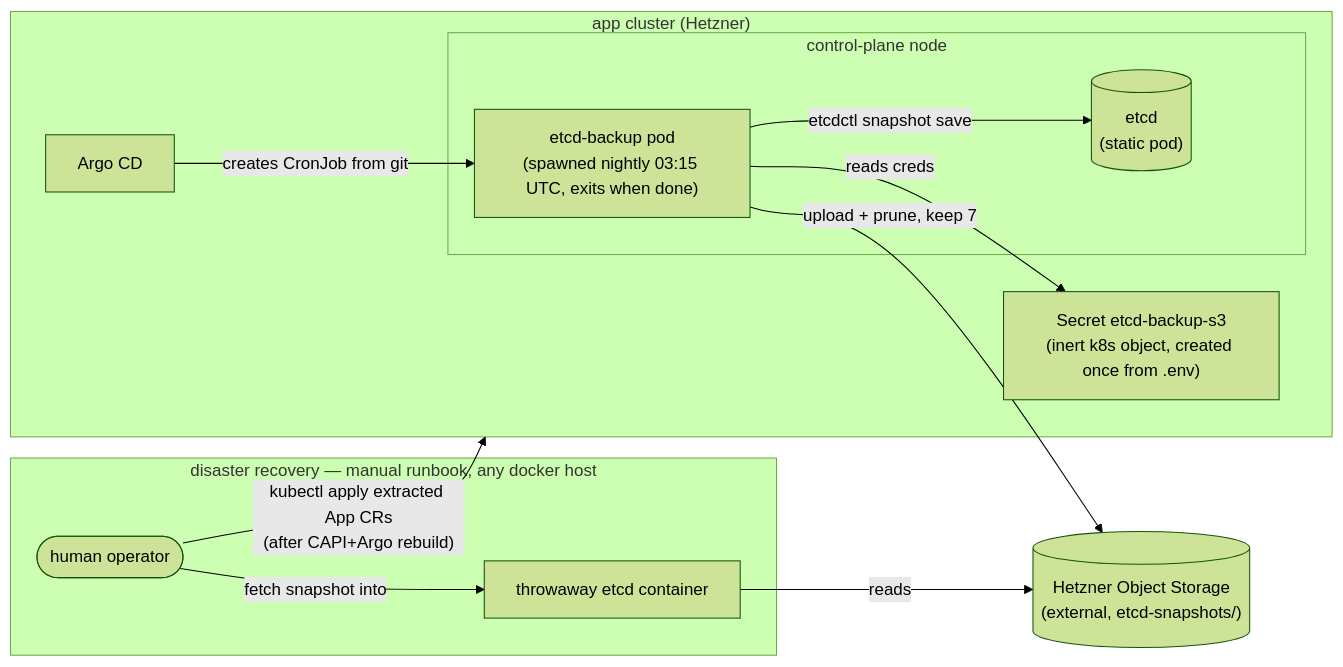
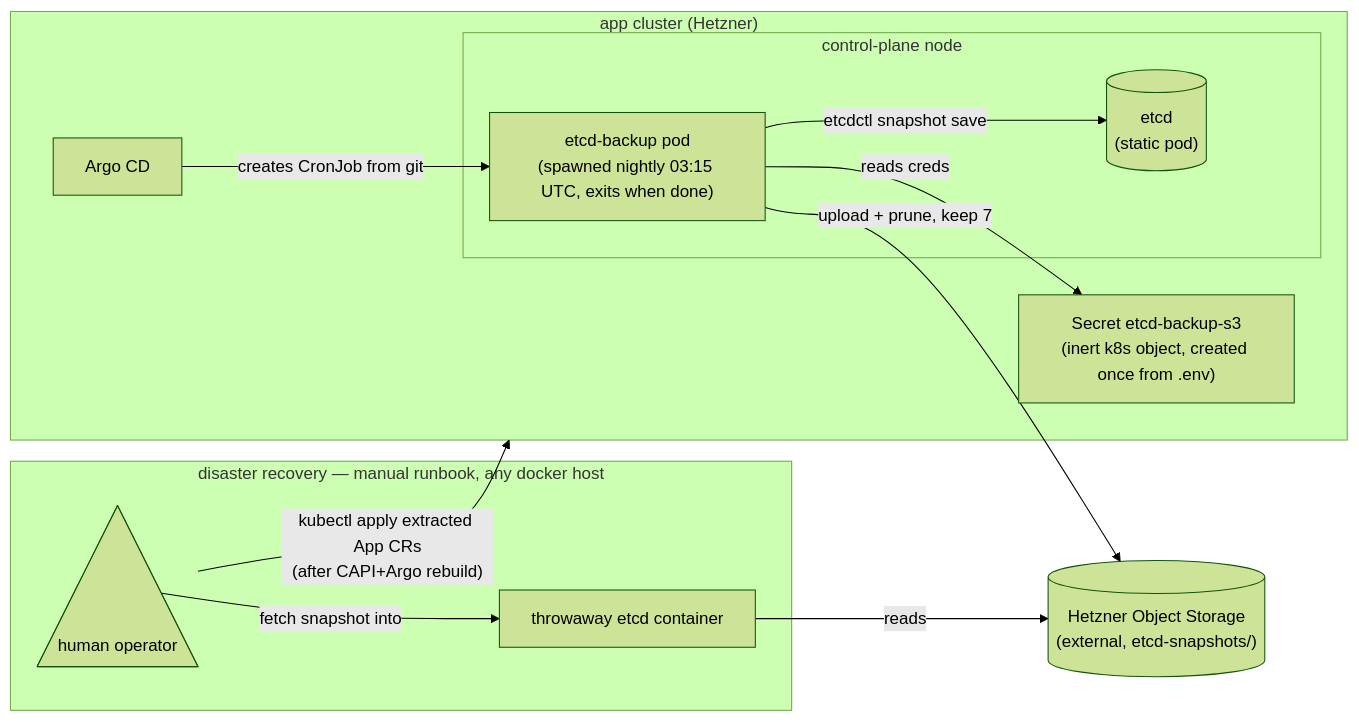
Before and after one commit to cuckoo-network/cuckoo: the diagram in docs/etcd-backup-restore.md, drawn with Mermaid (forest theme). The commit also changed 3 other files, not shown here.

First line of the commit message:
docs(mermaid): draw humans as shape:tri triangles in architecture diagrams

````diff
--- a/docs/etcd-backup-restore.md
+++ b/docs/etcd-backup-restore.md
@@ -7,24 +7,24 @@
 ```mermaid
 graph LR
   subgraph cluster["app cluster (Hetzner)"]
     argo[Argo CD]
     secret["Secret etcd-backup-s3<br/>(inert k8s object, created once from .env)"]
     subgraph "control-plane node"
       cron["etcd-backup pod<br/>(spawned nightly 03:15 UTC, exits when done)"]
       etcd[("etcd<br/>(static pod)")]
     end
   end
   argo -->|creates CronJob from git| cron
   cron -->|etcdctl snapshot save| etcd
   cron -->|reads creds| secret
   cron -->|upload + prune, keep 7| bucket
   bucket[("Hetzner Object Storage<br/>(external, etcd-snapshots/)")]
 
   subgraph "disaster recovery — manual runbook, any docker host"
-    op([human operator])
+    op@{ shape: tri, label: "human operator" }
     tmp["throwaway etcd container"]
   end
   op -->|fetch snapshot into| tmp
   tmp -->|reads| bucket
   op -->|"kubectl apply extracted App CRs<br/>(after CAPI+Argo rebuild)"| cluster
 ```
````
